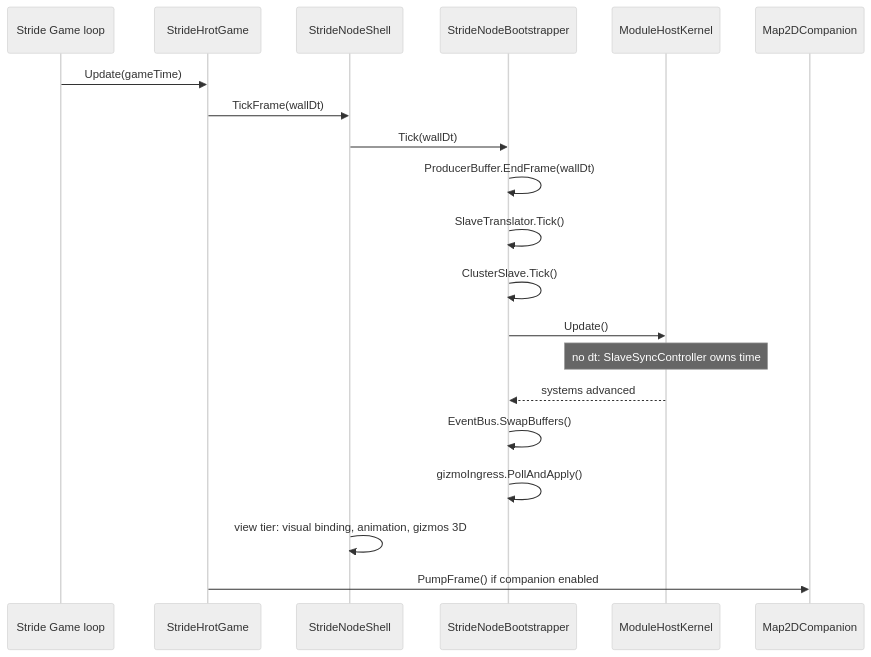
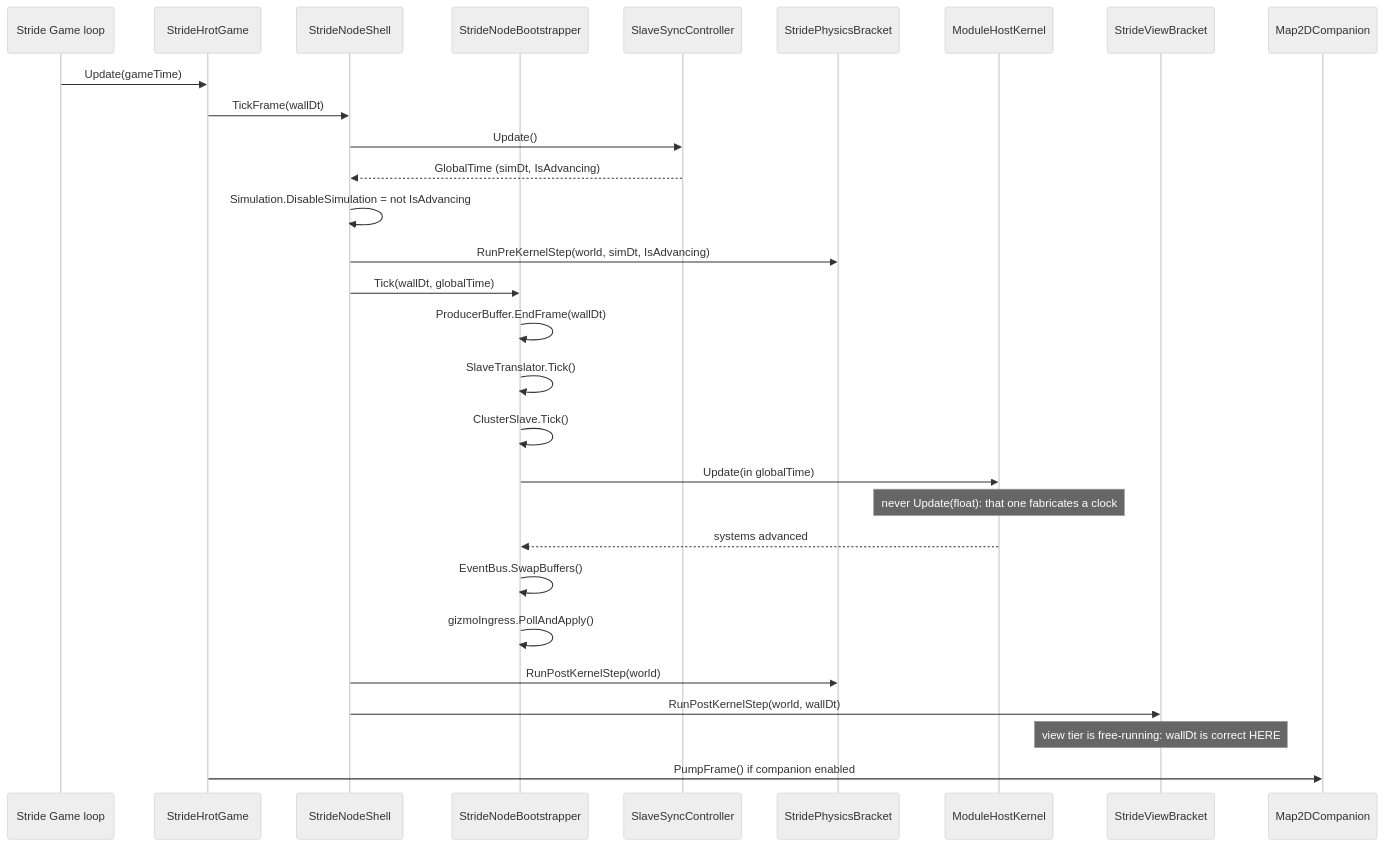
Before and after one commit to pjanec/HROT: the second of 2 diagrams in docs/DESIGN_Stride_Node_Modes.md, drawn with Mermaid (neutral theme). The commit also changed other lines of this file and 1 other file, not shown here.

````diff
--- a/docs/DESIGN_Stride_Node_Modes.md
+++ b/docs/DESIGN_Stride_Node_Modes.md
@@ -463,23 +526,32 @@
 ```mermaid
 sequenceDiagram
     participant OS as Stride Game loop
     participant G as StrideHrotGame
     participant S as StrideNodeShell
     participant B as StrideNodeBootstrapper
+    participant T as SlaveSyncController
+    participant P as StridePhysicsBracket
     participant K as ModuleHostKernel
+    participant V as StrideViewBracket
     participant W as Map2DCompanion
 
     OS->>G: Update(gameTime)
     G->>S: TickFrame(wallDt)
-    S->>B: Tick(wallDt)
+    S->>T: Update()
+    T-->>S: GlobalTime (simDt, IsAdvancing)
+    S->>S: Simulation.DisableSimulation = not IsAdvancing
+    S->>P: RunPreKernelStep(world, simDt, IsAdvancing)
+    S->>B: Tick(wallDt, globalTime)
     B->>B: ProducerBuffer.EndFrame(wallDt)
     B->>B: SlaveTranslator.Tick()
     B->>B: ClusterSlave.Tick()
-    B->>K: Update()
-    Note over K: no dt: SlaveSyncController owns time
+    B->>K: Update(in globalTime)
+    Note over K: never Update(float): that one fabricates a clock
     K-->>B: systems advanced
     B->>B: EventBus.SwapBuffers()
     B->>B: gizmoIngress.PollAndApply()
-    S->>S: view tier: visual binding, animation, gizmos 3D
+    S->>P: RunPostKernelStep(world)
+    S->>V: RunPostKernelStep(world, wallDt)
+    Note over V: view tier is free-running: wallDt is correct HERE
     G->>W: PumpFrame() if companion enabled
 ```
````
